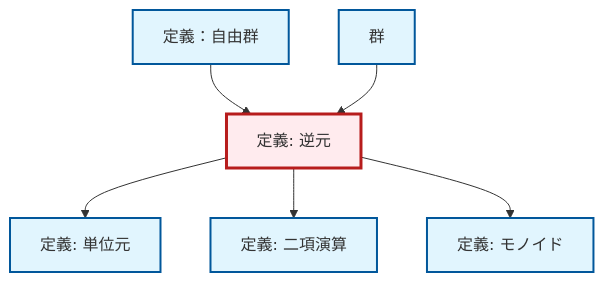
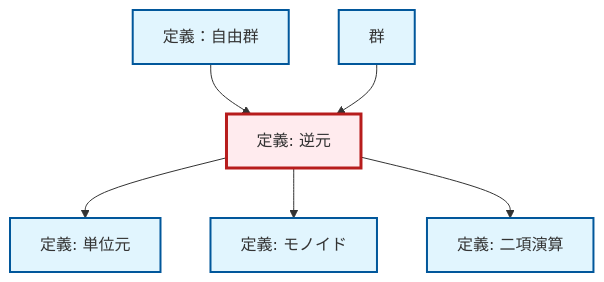
Before and after one commit to RK0429/ModernMath: the diagram in content/ja/algebra/def-inverse-element.qmd, drawn with Mermaid. The commit also changed 672 other files, not shown here.

````diff
--- a/content/ja/algebra/def-inverse-element.qmd
+++ b/content/ja/algebra/def-inverse-element.qmd
@@ -84,26 +84,26 @@
 ```{mermaid}
-%%| fig-cap: "Local dependency graph"
+%%| fig-cap: "ローカル依存関係グラフ"
 graph TD
     classDef definition fill:#e1f5fe,stroke:#01579b,stroke-width:2px
     classDef theorem fill:#f3e5f5,stroke:#4a148c,stroke-width:2px
     classDef axiom fill:#fff3e0,stroke:#e65100,stroke-width:2px
     classDef example fill:#e8f5e9,stroke:#1b5e20,stroke-width:2px
     classDef current fill:#ffebee,stroke:#b71c1c,stroke-width:3px
+    def-inverse-element["定義: 逆元"]:::definition
+    def-binary-operation["定義: 二項演算"]:::definition
+    def-monoid["定義: モノイド"]:::definition
+    def-free-group["定義：自由群"]:::definition
     def-identity-element["定義: 単位元"]:::definition
-    def-binary-operation["定義: 二項演算"]:::definition
-    def-inverse-element["定義: 逆元"]:::definition
-    def-free-group["定義：自由群"]:::definition
-    def-monoid["定義: モノイド"]:::definition
     def-group["群"]:::definition
     def-inverse-element --> def-identity-element
     def-free-group --> def-inverse-element
+    def-inverse-element --> def-monoid
     def-inverse-element --> def-binary-operation
-    def-inverse-element --> def-monoid
     def-group --> def-inverse-element
     class def-inverse-element current
+    click def-binary-operation "def-binary-operation.html" "二項演算の定義へ"
+    click def-monoid "def-monoid.html" "モノイドの定義へ"
+    click def-free-group "def-free-group.html" "定義：自由群へ"
     click def-identity-element "def-identity-element.html" "単位元の定義へ"
-    click def-binary-operation "def-binary-operation.html" "二項演算の定義へ"
-    click def-free-group "def-free-group.html" "定義：自由群へ"
-    click def-monoid "def-monoid.html" "モノイドの定義へ"
     click def-group "def-group.html" "群へ"
 ```
````
